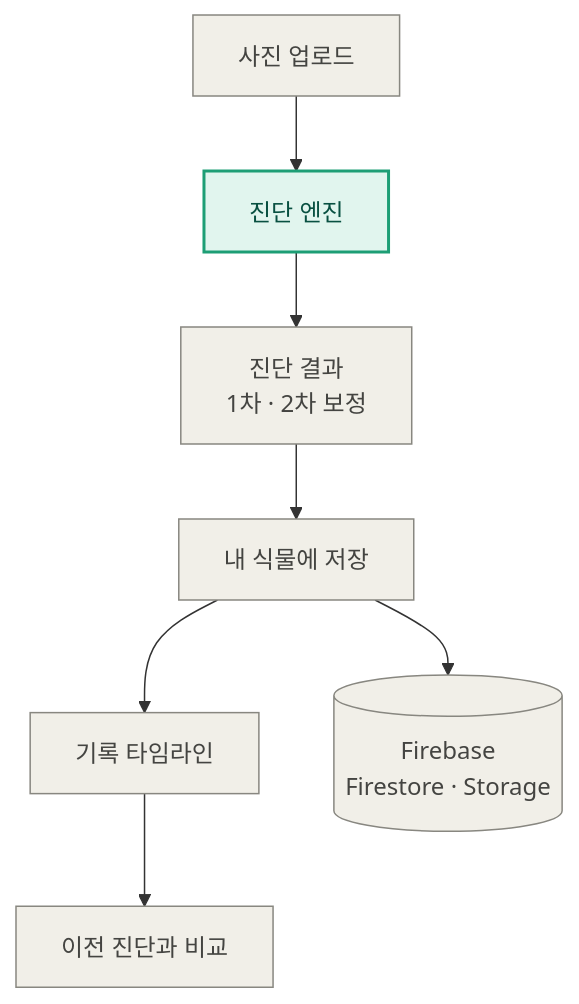
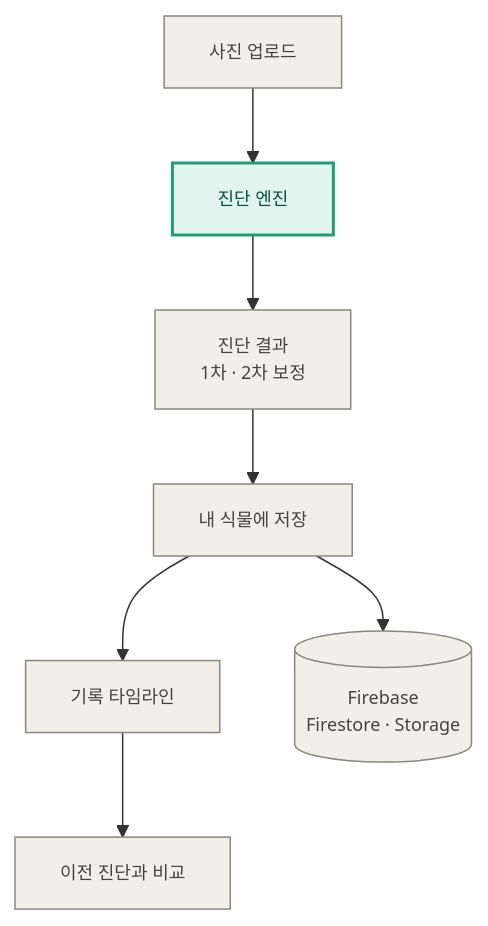
The first of 2 diagrams in README.md (rangedayo/plant-diagnosis), drawn with Mermaid before and after one commit. The commit also changed other lines of this file, not shown here.

Commit message:
docs: README 다이어그램 글자 크기 축소(fontSize 12px) — 에너지 프로젝트 다이어그램과 톤 맞춤

````diff
--- a/README.md
+++ b/README.md
@@ -63,15 +63,16 @@
 ```mermaid
+%%{init: {'themeVariables': {'fontSize': '12px'}}}%%
 flowchart TB
     U[사진 업로드] --> ENG[진단 엔진]
     ENG --> R[진단 결과<br/>1차 · 2차 보정]
     R --> SV[내 식물에 저장]
     SV --> TL[기록 타임라인]
     TL --> CMP[이전 진단과 비교]
     SV --> FB[(Firebase<br/>Firestore · Storage)]
 
     classDef io fill:#F1EFE8,stroke:#888780,color:#444441
     classDef gate fill:#E1F5EE,stroke:#1D9E75,color:#085041,stroke-width:2px
 
     class U,R,SV,TL,CMP,FB io
     class ENG gate
 ```
````
